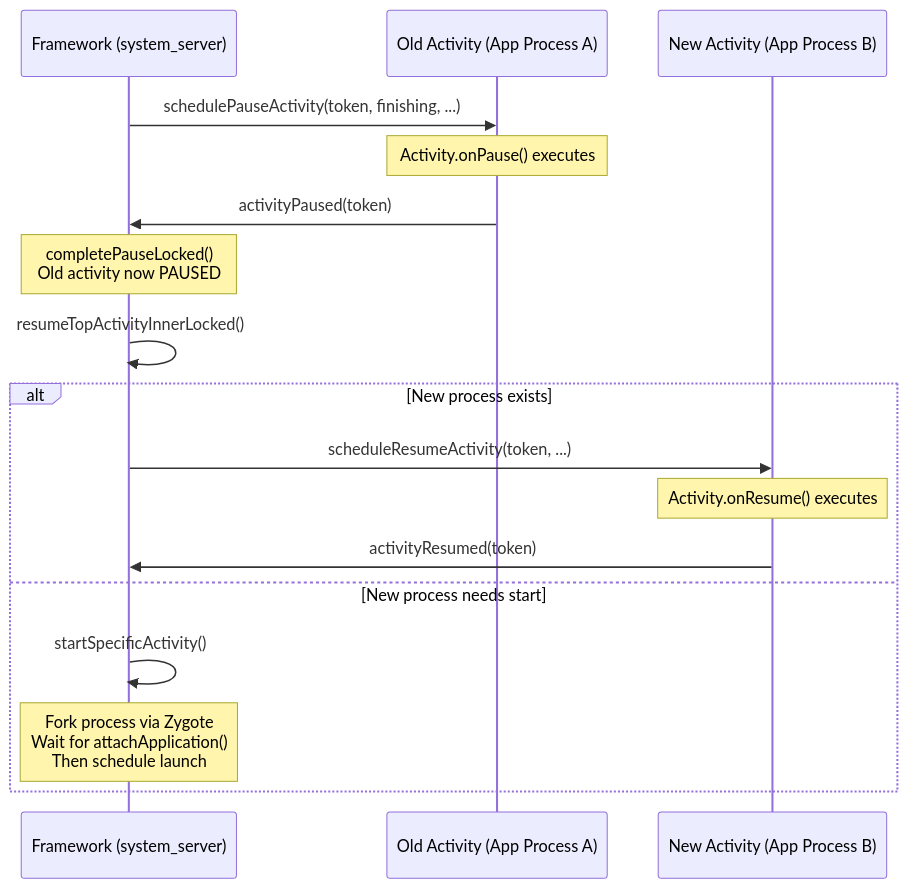
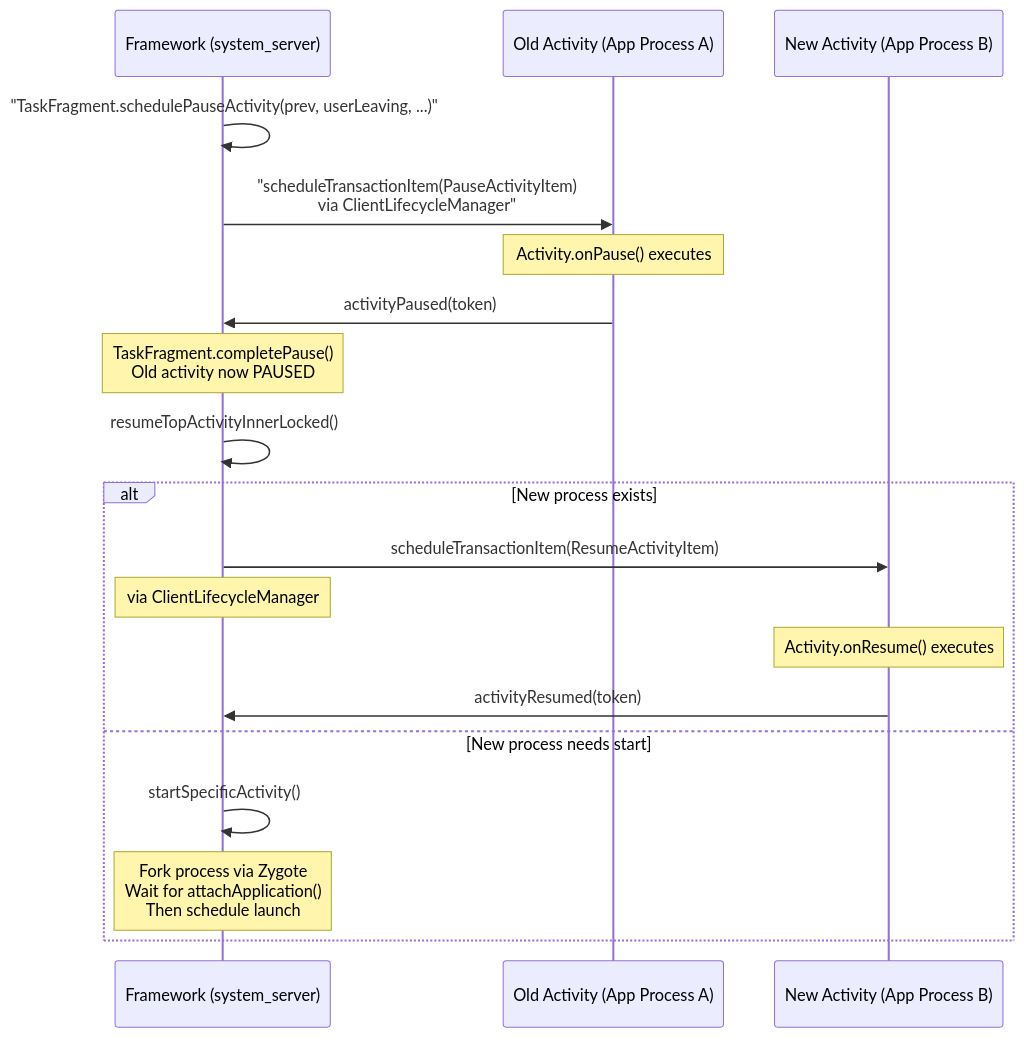
One commit to aospbooks/aosp-internal-book changed diagram 23 of 41 in agents/claude/skills/aosp-framework-core/22-activity-and-window.md. Above: the diagram before and after it, drawn with Mermaid. The commit also changed other lines of this file and 218 other files, not shown here.

````diff
--- a/agents/claude/skills/aosp-framework-core/22-activity-and-window.md
+++ b/agents/claude/skills/aosp-framework-core/22-activity-and-window.md
@@ -2259,21 +2270,23 @@
 ```mermaid
 sequenceDiagram
     participant Framework as Framework (system_server)
     participant OldApp as Old Activity (App Process A)
     participant NewApp as New Activity (App Process B)
 
-    Framework->>OldApp: schedulePauseActivity(token, finishing, ...)
+    Framework->>Framework: "TaskFragment.schedulePauseActivity(prev, userLeaving, ...)"
+    Framework->>OldApp: "scheduleTransactionItem(PauseActivityItem)<br/>via ClientLifecycleManager"
     Note over OldApp: Activity.onPause() executes
     OldApp->>Framework: activityPaused(token)
-    Note over Framework: completePauseLocked()<br/>Old activity now PAUSED
+    Note over Framework: TaskFragment.completePause()<br/>Old activity now PAUSED
 
     Framework->>Framework: resumeTopActivityInnerLocked()
     alt New process exists
-        Framework->>NewApp: scheduleResumeActivity(token, ...)
+        Framework->>NewApp: scheduleTransactionItem(ResumeActivityItem)
+        Note over Framework: via ClientLifecycleManager
         Note over NewApp: Activity.onResume() executes
         NewApp->>Framework: activityResumed(token)
     else New process needs start
         Framework->>Framework: startSpecificActivity()
         Note over Framework: Fork process via Zygote<br/>Wait for attachApplication()<br/>Then schedule launch
     end
 ```
````
